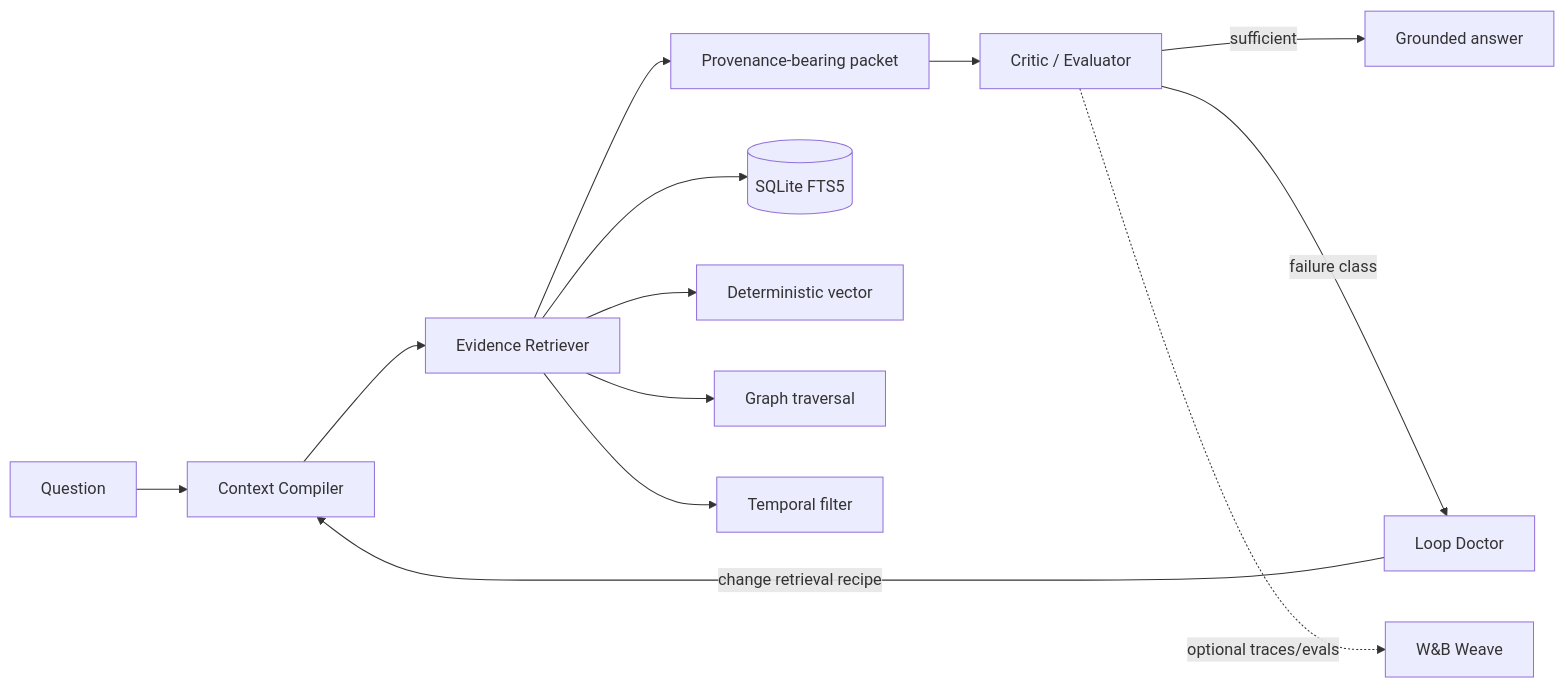
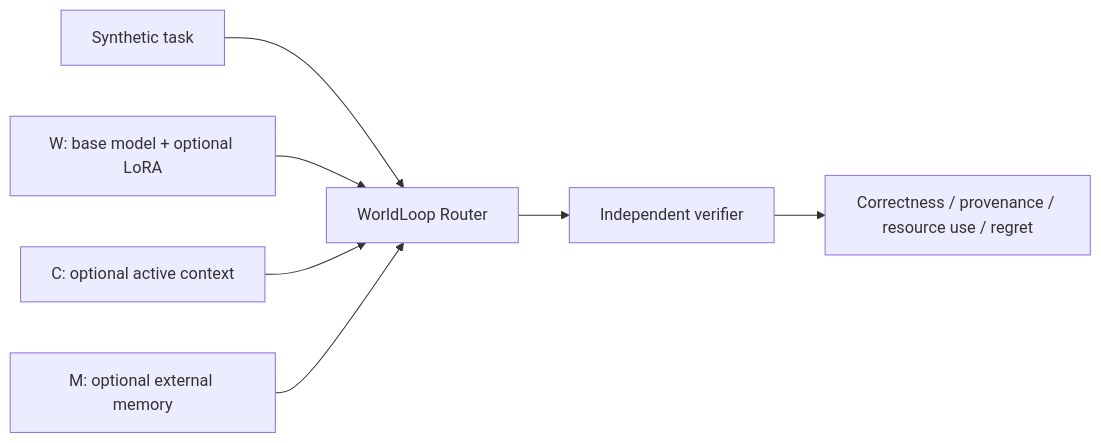
The fourth of 5 diagrams in docs/ARCHITECTURE.md (jwalin-shah/worldloop), drawn with Mermaid before and after one commit. The commit also changed other lines of this file, not shown here.

Commit message:
docs: expand WorldLoop architecture and agent loops

````diff
--- a/docs/ARCHITECTURE.md
+++ b/docs/ARCHITECTURE.md
@@ -3,15 +131,9 @@
 ```mermaid
 flowchart LR
-  Q[Question] --> C[Context Compiler]
-  C --> R[Evidence Retriever]
-  R --> P[Provenance-bearing packet]
-  P --> E[Critic / Evaluator]
-  E -->|sufficient| A[Grounded answer]
-  E -->|failure class| D[Loop Doctor]
-  D -->|change retrieval recipe| C
-  R --> X[(SQLite FTS5)]
-  R --> V[Deterministic vector]
-  R --> G[Graph traversal]
-  R --> T[Temporal filter]
-  E -. optional traces/evals .-> W[W&B Weave]
+    Q[Synthetic task] --> R[WorldLoop Router]
+    LW[W: base model + optional LoRA] --> R
+    CTX[C: optional active context] --> R
+    MEM[M: optional external memory] --> R
+    R --> V[Independent verifier]
+    V --> S[Correctness / provenance / resource use / regret]
 ```
````
